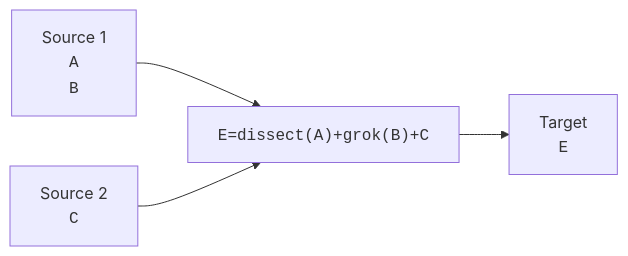
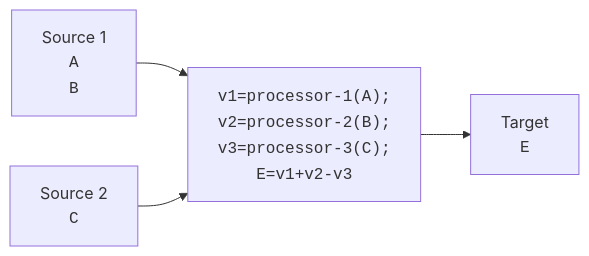
The diagram in docs/admin/pipelines/processors/enrich.mdx (VirtualMetric/virtualmetric-docs), drawn with Mermaid before and after one commit. The commit also changed 5 other files, not shown here.

Commit message:
Edited enrich and overview graphics

````diff
--- a/docs/admin/pipelines/processors/enrich.mdx
+++ b/docs/admin/pipelines/processors/enrich.mdx
@@ -11,20 +11,23 @@
 ```mermaid
 %%{init: {"flowchart": {"htmlLabels": false}} }%%
 flowchart LR
 	source1Box["`Source 1
 		<code>A</code>
 		<code>B</code>
 	`"]
 	source2Box["`Source 2
 		<code>C</code>
 	`"]
     	processorBox["`
-			<code>E=dissect(A)+grok(B)+C</code>
+			<code>v1=processor-1(A);</code>
+			<code>v2=processor-2(B);</code>
+			<code>v3=processor-3(C);</code>
+			<code>E=v1+v2-v3</code>
 	`"]
 	targetBox["`Target
 		<code>E</code>
 	`"]
 	source1Box --> processorBox;
 	source2Box --> processorBox;
 	processorBox --> targetBox
 ```
````
